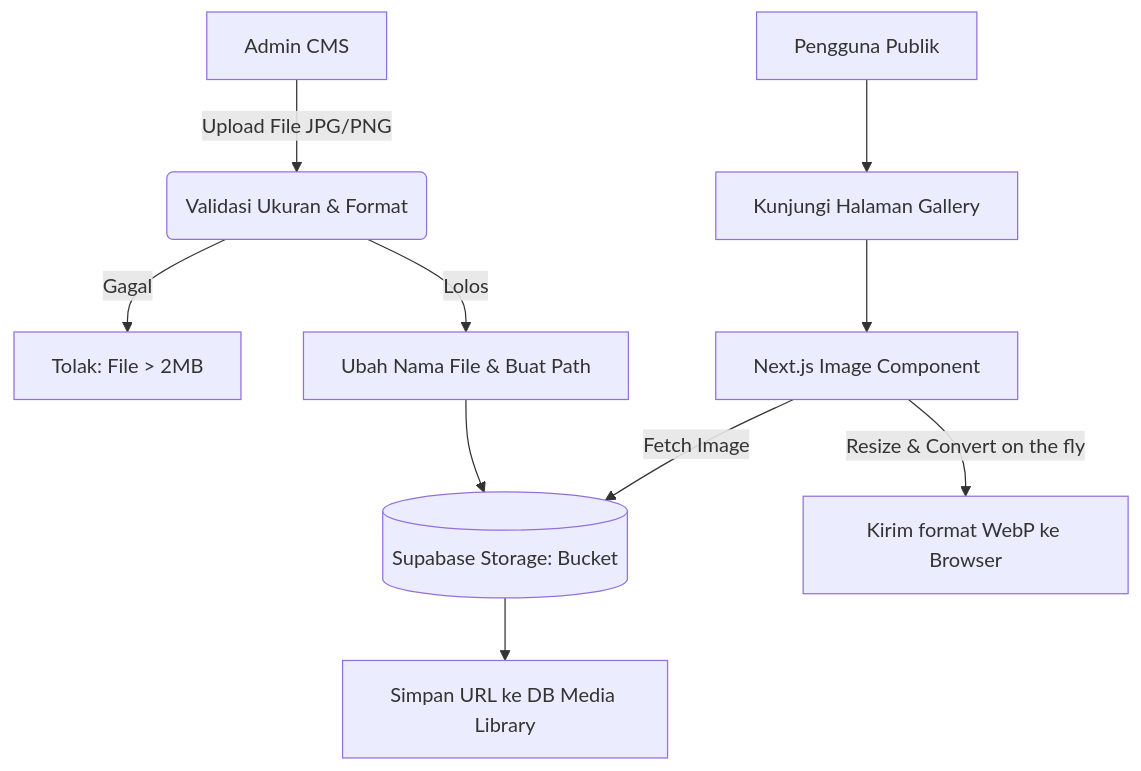
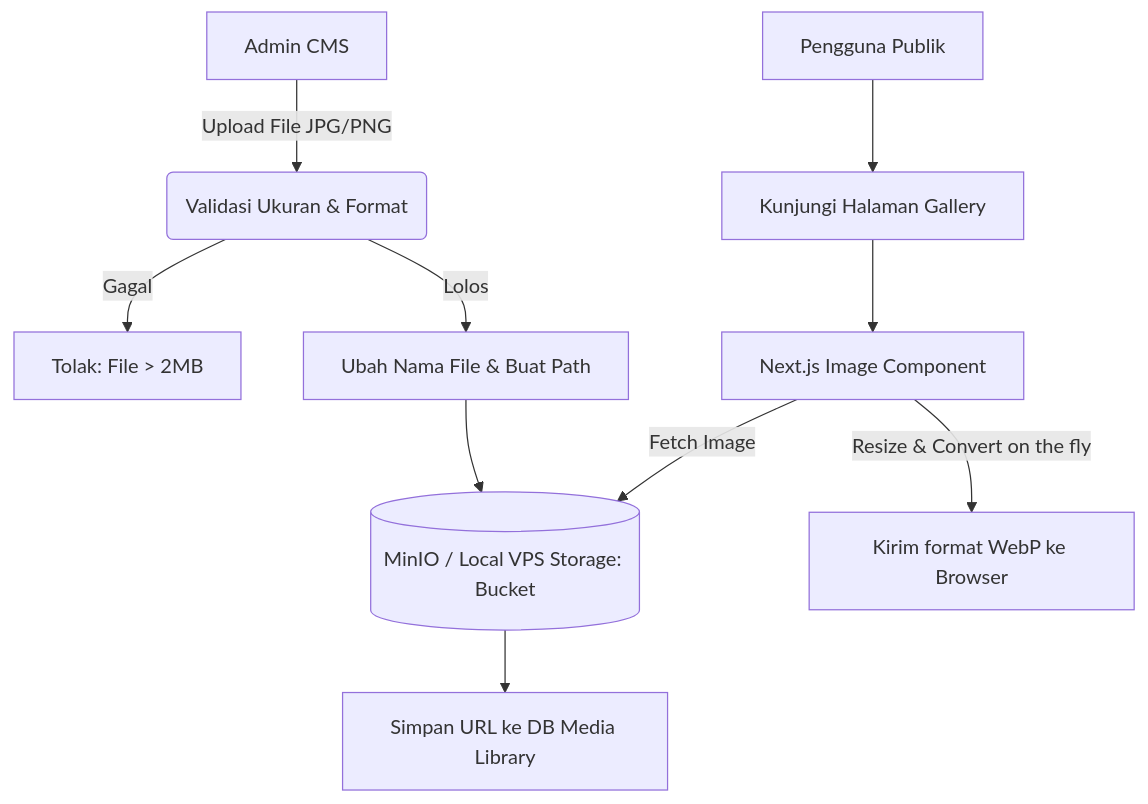
The first of 2 diagrams in docs/17-media-gallery.md (dreflabs/sukabumieundeur), drawn with Mermaid before and after one commit. The commit also changed other lines of this file and 37 other files, not shown here.

````diff
--- a/docs/17-media-gallery.md
+++ b/docs/17-media-gallery.md
@@ -59,13 +62,13 @@
 ```mermaid
 flowchart TD
     A[Admin CMS] -->|Upload File JPG/PNG| B(Validasi Ukuran & Format)
     B -->|Gagal| C[Tolak: File > 2MB]
     B -->|Lolos| D[Ubah Nama File & Buat Path]
-    D --> E[(Supabase Storage: Bucket)]
+    D --> E[(MinIO / Local VPS Storage: Bucket)]
     E --> F[Simpan URL ke DB Media Library]
     
     U[Pengguna Publik] --> G[Kunjungi Halaman Gallery]
     G --> H[Next.js Image Component]
     H -->|Fetch Image| E
     H -->|Resize & Convert on the fly| I[Kirim format WebP ke Browser]
 ```
````
